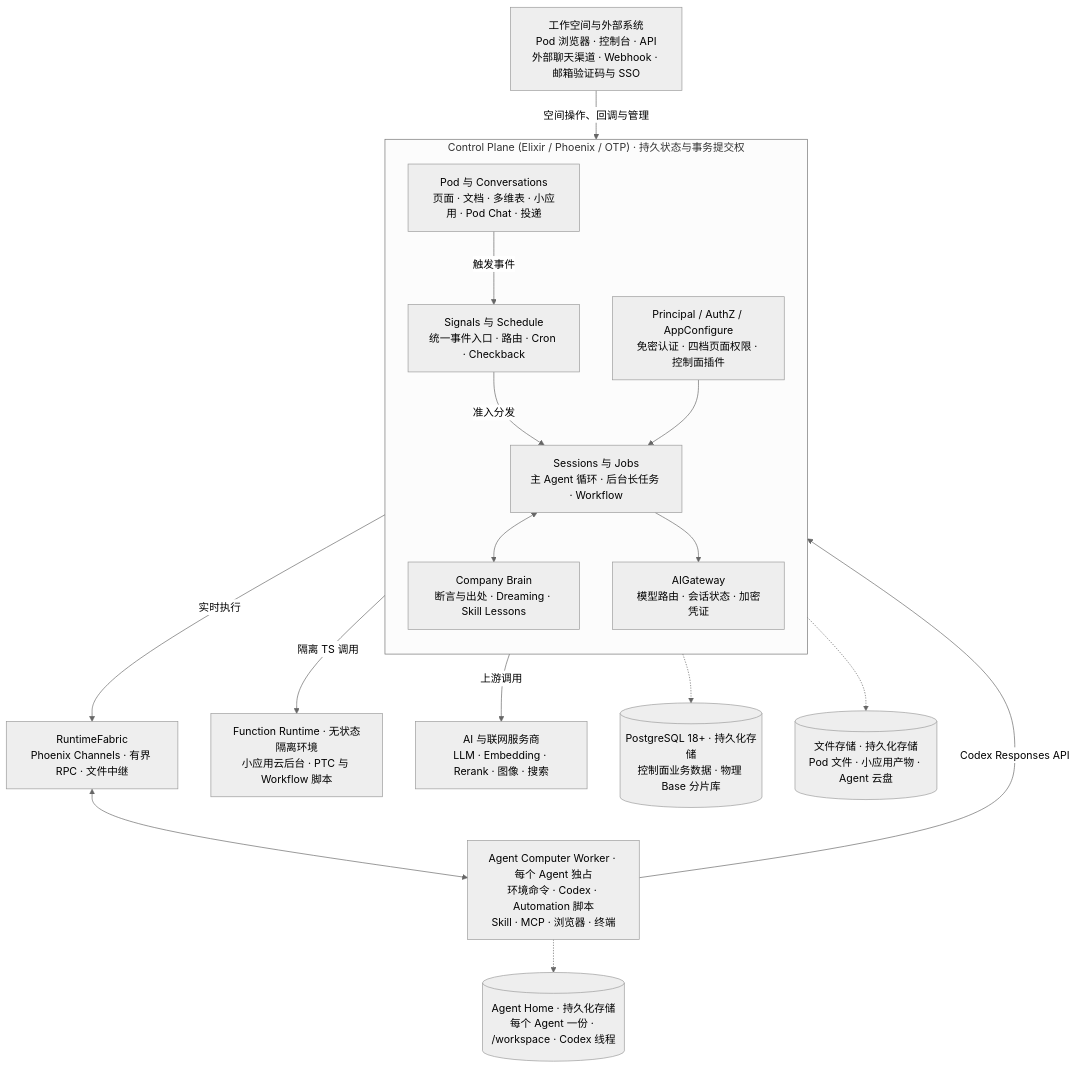
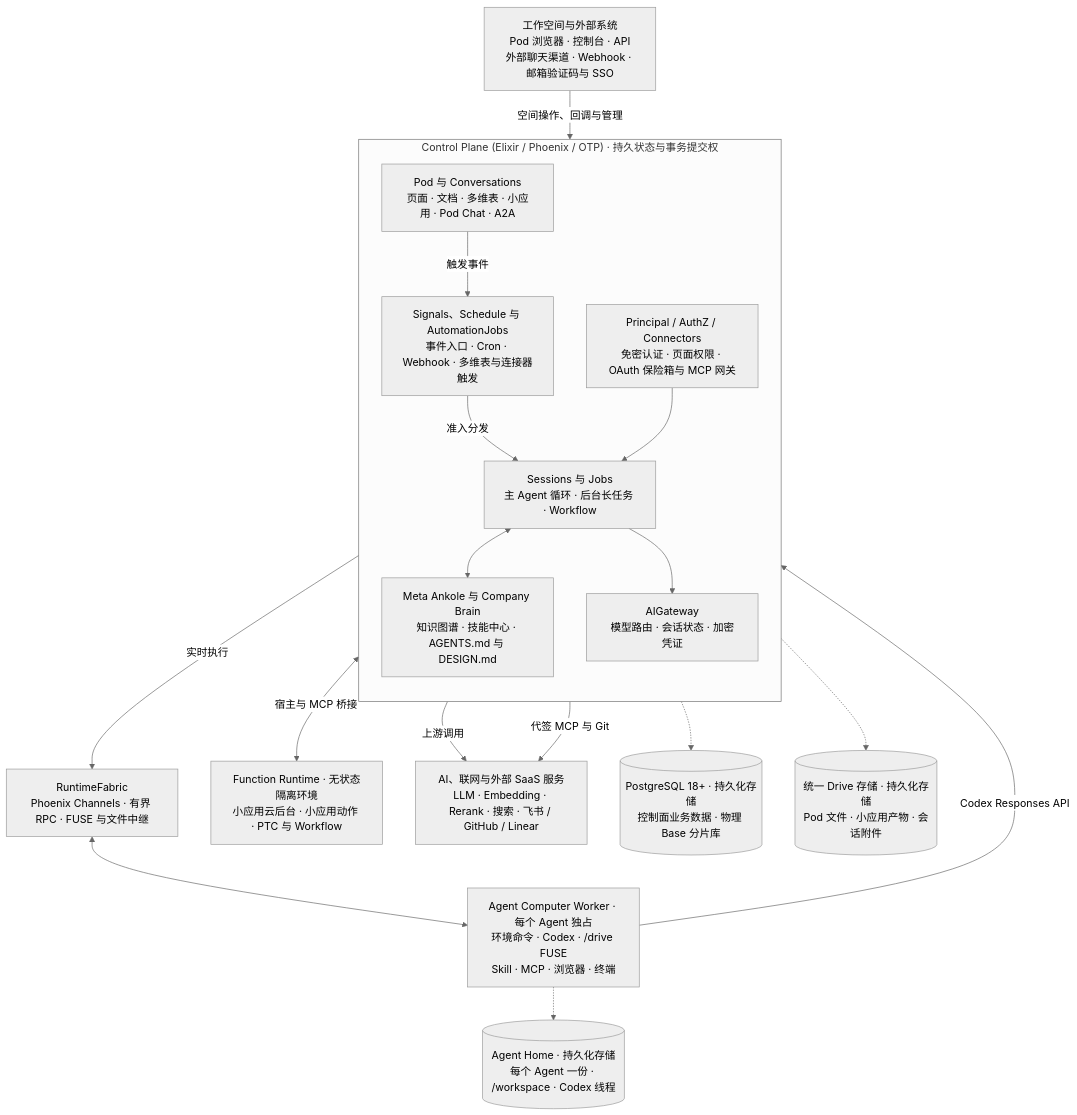
The diagram in README.zh-Hans.md (AgentBull/ankole), drawn with Mermaid (neutral theme) before and after one commit. The commit also changed other lines of this file and 409 other files, not shown here.

````diff
--- a/README.zh-Hans.md
+++ b/README.zh-Hans.md
@@ -150,38 +151,39 @@
 ```mermaid
 flowchart TB
   External["工作空间与外部系统<br/>Pod 浏览器 · 控制台 · API<br/>外部聊天渠道 · Webhook · 邮箱验证码与 SSO"]
 
   subgraph Control["Control Plane (Elixir / Phoenix / OTP) · 持久状态与事务提交权"]
     direction TB
-    Pod["Pod 与 Conversations<br/>页面 · 文档 · 多维表 · 小应用 · Pod Chat · 投递"]
-    Platform["Principal / AuthZ / AppConfigure<br/>免密认证 · 四档页面权限 · 控制面插件"]
-    Signals["Signals 与 Schedule<br/>统一事件入口 · 路由 · Cron · Checkback"]
+    Pod["Pod 与 Conversations<br/>页面 · 文档 · 多维表 · 小应用 · Pod Chat · A2A"]
+    Platform["Principal / AuthZ / Connectors<br/>免密认证 · 页面权限 · OAuth 保险箱与 MCP 网关"]
+    Signals["Signals、Schedule 与 AutomationJobs<br/>事件入口 · Cron · Webhook · 多维表与连接器触发"]
     Runtime["Sessions 与 Jobs<br/>主 Agent 循环 · 后台长任务 · Workflow"]
-    Brain["Company Brain<br/>断言与出处 · Dreaming · Skill Lessons"]
+    Meta["Meta Ankole 与 Company Brain<br/>知识图谱 · 技能中心 · AGENTS.md 与 DESIGN.md"]
     AI["AIGateway<br/>模型路由 · 会话状态 · 加密凭证"]
   end
 
-  Fabric["RuntimeFabric<br/>Phoenix Channels · 有界 RPC · 文件中继"]
-  Workers["Agent Computer Worker · 每个 Agent 独占<br/>环境命令 · Codex · Automation 脚本<br/>Skill · MCP · 浏览器 · 终端"]
-  FnRuntime["Function Runtime · 无状态隔离环境<br/>小应用云后台 · PTC 与 Workflow 脚本"]
-  Providers["AI 与联网服务商<br/>LLM · Embedding · Rerank · 图像 · 搜索"]
+  Fabric["RuntimeFabric<br/>Phoenix Channels · 有界 RPC · FUSE 与文件中继"]
+  Workers["Agent Computer Worker · 每个 Agent 独占<br/>环境命令 · Codex · /drive FUSE<br/>Skill · MCP · 浏览器 · 终端"]
+  FnRuntime["Function Runtime · 无状态隔离环境<br/>小应用云后台 · 小应用动作 · PTC 与 Workflow"]
+  Providers["AI、联网与外部 SaaS 服务<br/>LLM · Embedding · Rerank · 搜索 · 飞书 / GitHub / Linear"]
 
   PG[("PostgreSQL 18+ · 持久化存储<br/>控制面业务数据 · 物理 Base 分片库")]
-  Files[("文件存储 · 持久化存储<br/>Pod 文件 · 小应用产物 · Agent 云盘")]
+  Files[("统一 Drive 存储 · 持久化存储<br/>Pod 文件 · 小应用产物 · 会话附件")]
   Homes[("Agent Home · 持久化存储<br/>每个 Agent 一份 · /workspace · Codex 线程")]
 
   External -->|"空间操作、回调与管理"| Control
   Pod -->|"触发事件"| Signals
   Signals -->|"准入分发"| Runtime
   Platform --> Runtime
-  Runtime <--> Brain
+  Runtime <--> Meta
   Runtime --> AI
-  Control -->|"隔离 TS 调用"| FnRuntime
+  Control <-->|"宿主与 MCP 桥接"| FnRuntime
   Control -->|"实时执行"| Fabric
   Fabric <--> Workers
   Workers -->|"Codex Responses API"| AI
   AI -->|"上游调用"| Providers
+  Platform -->|"代签 MCP 与 Git"| Providers
   Control -.-> PG
   Control -.-> Files
   Workers -.-> Homes
 ```
````
